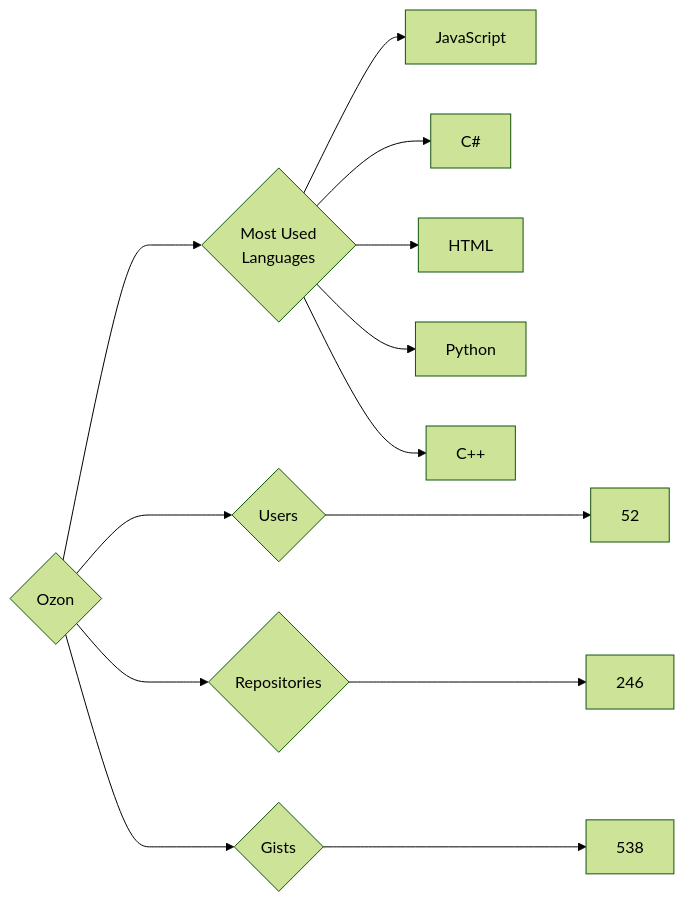
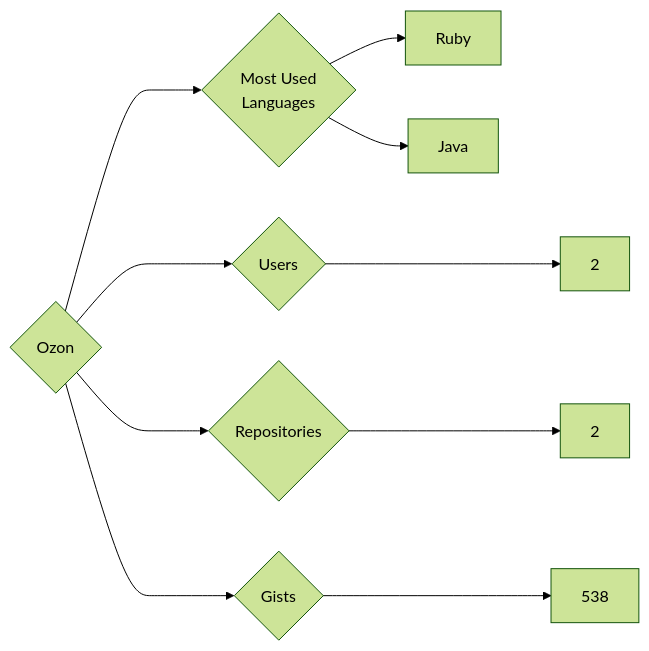
One commit to trickest/insiders changed the diagram in targets/Ozon/README.md. Above: the diagram before and after it, drawn with Mermaid (forest theme). The commit also changed 799 other files, not shown here.

````diff
--- a/targets/Ozon/README.md
+++ b/targets/Ozon/README.md
@@ -3,13 +3,10 @@
 ```mermaid
 graph LR
 COMPANY_NAME{Ozon}
-COMPANY_NAME ---> U{Users} ---> UN[52]
-COMPANY_NAME ---> R{Repositories} ---> RN[246]
+COMPANY_NAME ---> U{Users} ---> UN[2]
+COMPANY_NAME ---> R{Repositories} ---> RN[2]
 COMPANY_NAME ---> G{Gists} ---> GN[538]
 COMPANY_NAME ---> ML{Most Used<br>Languages}
-ML --> JavaScript[JavaScript]
-ML --> C#[C#]
-ML --> HTML[HTML]
-ML --> Python[Python]
-ML --> C++[C++]
+ML --> Ruby[Ruby]
+ML --> Java[Java]
 ```
````
